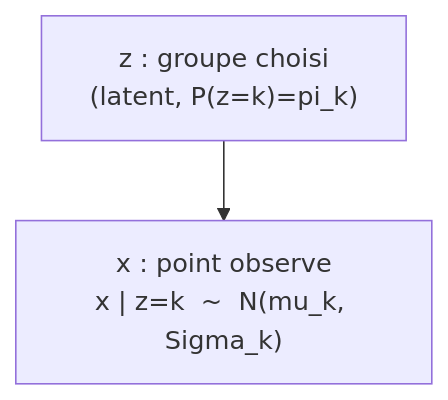
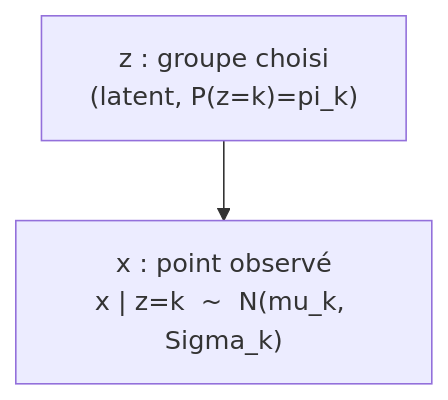
Before and after one commit to tanguychenier/Mathematiques-pour-le-Machine-Learning: the second of 6 diagrams in chapitres/08-modeles-et-donnees.md, drawn with Mermaid. The commit also changed other lines of this file and 7 other files, not shown here.

````diff
--- a/chapitres/08-modeles-et-donnees.md
+++ b/chapitres/08-modeles-et-donnees.md
@@ -540,4 +540,4 @@
 ```mermaid
 flowchart TD
-    Z["z : groupe choisi<br/>(latent, P(z=k)=pi_k)"] --> X["x : point observe<br/>x | z=k  ~  N(mu_k, Sigma_k)"]
+    Z["z : groupe choisi<br/>(latent, P(z=k)=pi_k)"] --> X["x : point observé<br/>x | z=k  ~  N(mu_k, Sigma_k)"]
 ```
````
